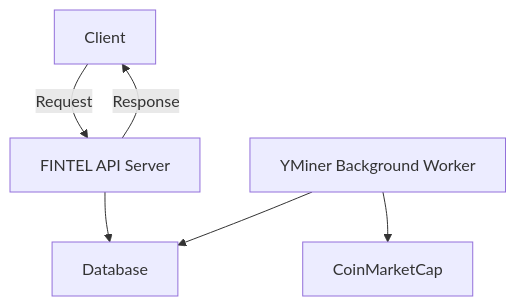
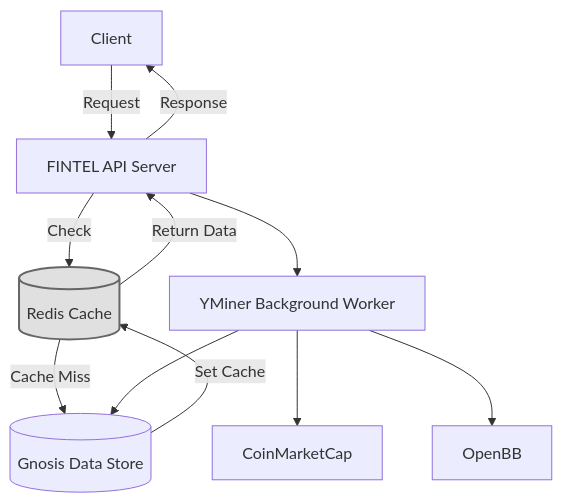
Before and after one commit to YIG-DAO/fintel-api: the diagram in README.md, drawn with Mermaid.

Commit message:
dev: modify architecture

````diff
--- a/README.md
+++ b/README.md
@@ -5,9 +5,16 @@
 ```mermaid
 graph TD
 
     A[Client] -->|Request| B[FINTEL API Server]
-    B --> C[Database]
-    D[YMiner Background Worker] --> C
-    D --> E[CoinMarketCap]
+    B -->|Check| C[(Redis Cache)]
+    C -->|Cache Miss| D[(Gnosis Data Store)]
+    D -->|Set Cache| C
+    B --> E
+    E[YMiner Background Worker] --> D
+    E --> F[CoinMarketCap]
+    E --> G[OpenBB]
+    C -->|Return Data| B
     B -->|Response| A
+
+style C fill:#e0e0e0,stroke:#666,stroke-width:2px,shape: cylinder
 ```
````
